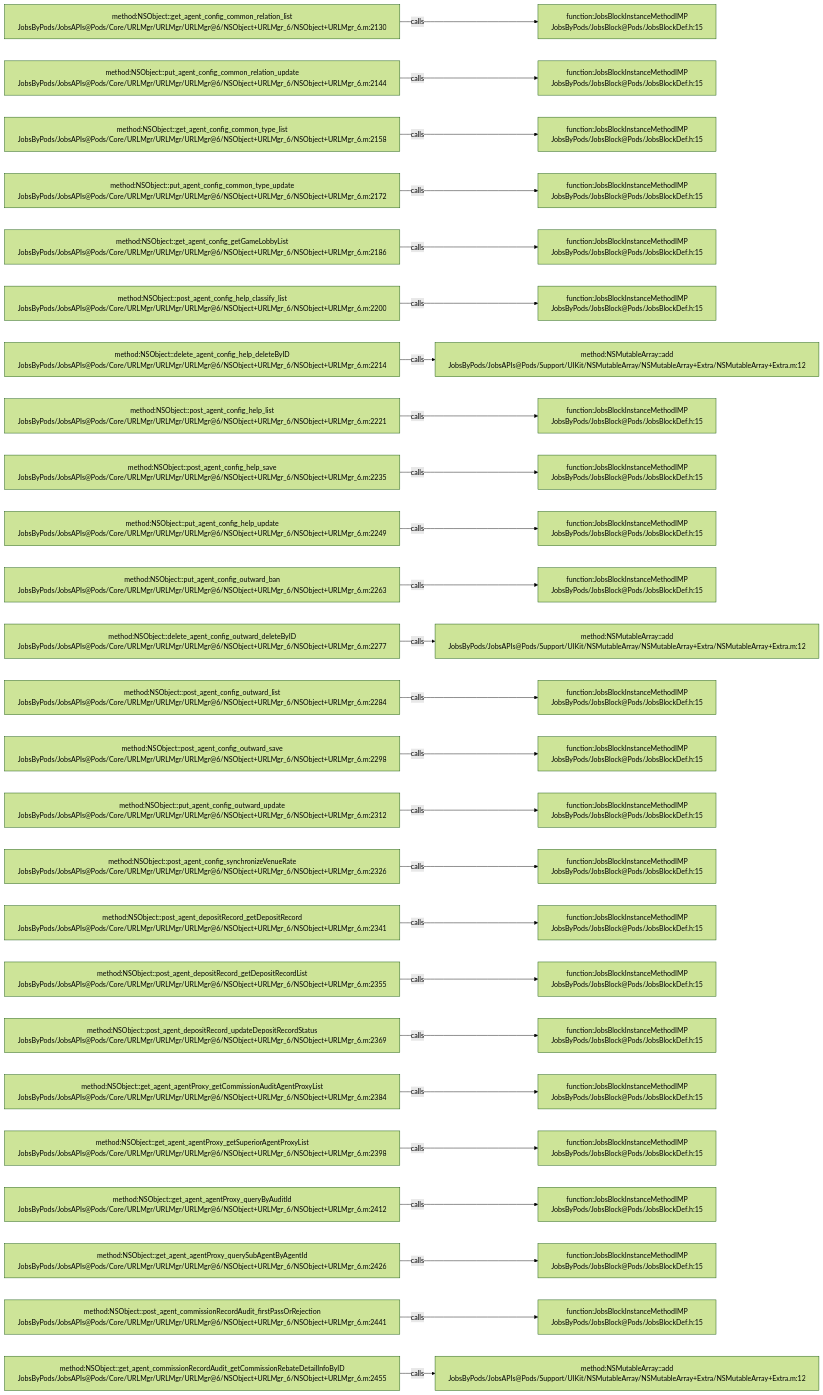
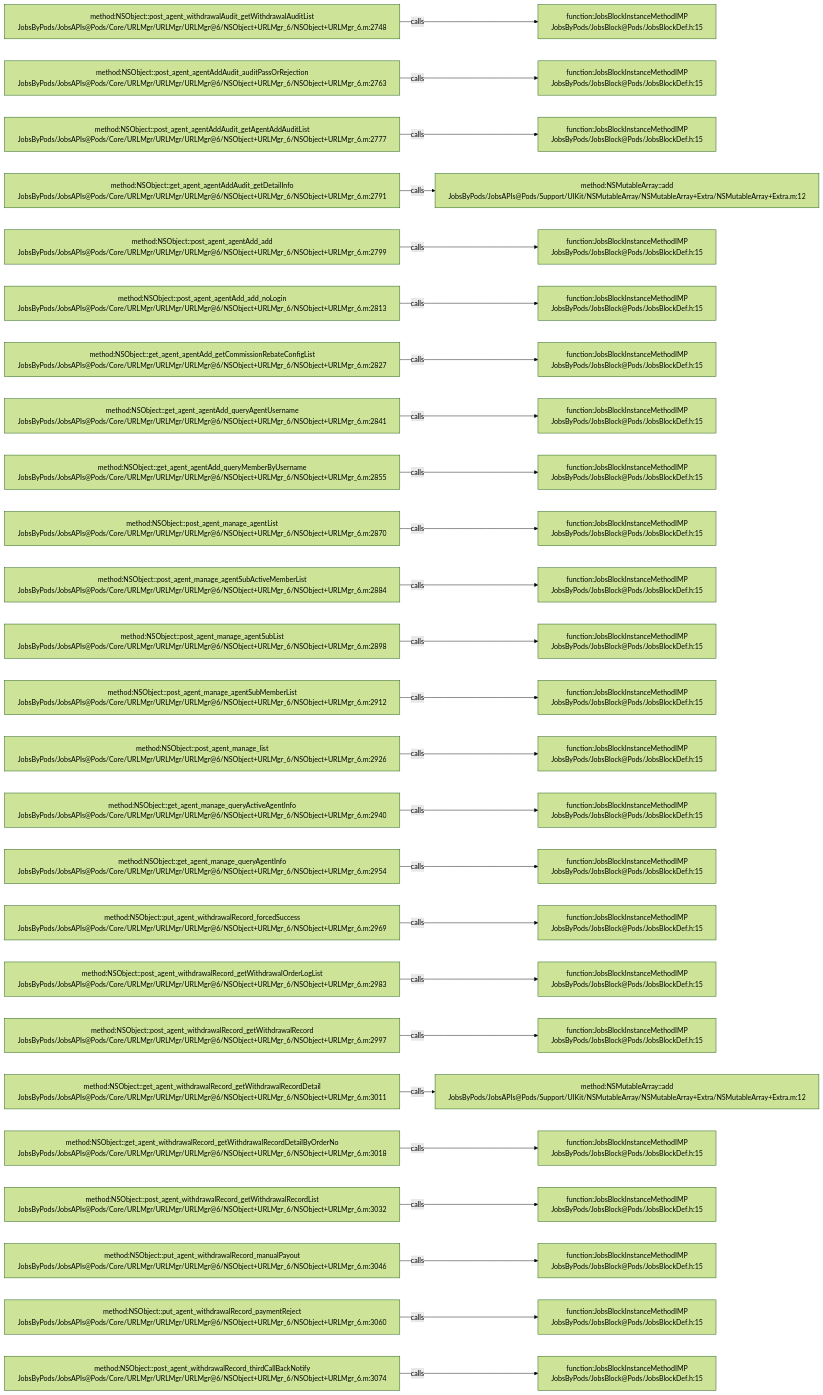
The diagram in .codegraph/codegraph.md/graphs/calls-073.md (JobsKits/JobsOCBaseConfigDemo), drawn with Mermaid (forest theme) before and after one commit. The commit also changed 223 other files, not shown here.

````diff
--- a/.codegraph/codegraph.md/graphs/calls-073.md
+++ b/.codegraph/codegraph.md/graphs/calls-073.md
@@ -13,78 +13,78 @@
 ```mermaid
 flowchart LR
-  S1["method:NSObject::get_agent_config_common_relation_list<br/>JobsByPods/JobsAPIs@Pods/Core/URLMgr/URLMgr/URLMgr@6/NSObject+URLMgr_6/NSObject+URLMgr_6.m:2130"]
+  S1["method:NSObject::post_agent_withdrawalAudit_getWithdrawalAuditList<br/>JobsByPods/JobsAPIs@Pods/Core/URLMgr/URLMgr/URLMgr@6/NSObject+URLMgr_6/NSObject+URLMgr_6.m:2748"]
   T1["function:JobsBlockInstanceMethodIMP<br/>JobsByPods/JobsBlock@Pods/JobsBlockDef.h:15"]
   S1 -->|calls| T1
-  S2["method:NSObject::put_agent_config_common_relation_update<br/>JobsByPods/JobsAPIs@Pods/Core/URLMgr/URLMgr/URLMgr@6/NSObject+URLMgr_6/NSObject+URLMgr_6.m:2144"]
+  S2["method:NSObject::post_agent_agentAddAudit_auditPassOrRejection<br/>JobsByPods/JobsAPIs@Pods/Core/URLMgr/URLMgr/URLMgr@6/NSObject+URLMgr_6/NSObject+URLMgr_6.m:2763"]
   T2["function:JobsBlockInstanceMethodIMP<br/>JobsByPods/JobsBlock@Pods/JobsBlockDef.h:15"]
   S2 -->|calls| T2
-  S3["method:NSObject::get_agent_config_common_type_list<br/>JobsByPods/JobsAPIs@Pods/Core/URLMgr/URLMgr/URLMgr@6/NSObject+URLMgr_6/NSObject+URLMgr_6.m:2158"]
+  S3["method:NSObject::post_agent_agentAddAudit_getAgentAddAuditList<br/>JobsByPods/JobsAPIs@Pods/Core/URLMgr/URLMgr/URLMgr@6/NSObject+URLMgr_6/NSObject+URLMgr_6.m:2777"]
   T3["function:JobsBlockInstanceMethodIMP<br/>JobsByPods/JobsBlock@Pods/JobsBlockDef.h:15"]
   S3 -->|calls| T3
-  S4["method:NSObject::put_agent_config_common_type_update<br/>JobsByPods/JobsAPIs@Pods/Core/URLMgr/URLMgr/URLMgr@6/NSObject+URLMgr_6/NSObject+URLMgr_6.m:2172"]
-  T4["function:JobsBlockInstanceMethodIMP<br/>JobsByPods/JobsBlock@Pods/JobsBlockDef.h:15"]
+  S4["method:NSObject::get_agent_agentAddAudit_getDetailInfo<br/>JobsByPods/JobsAPIs@Pods/Core/URLMgr/URLMgr/URLMgr@6/NSObject+URLMgr_6/NSObject+URLMgr_6.m:2791"]
+  T4["method:NSMutableArray::add<br/>JobsByPods/JobsAPIs@Pods/Support/UIKit/NSMutableArray/NSMutableArray+Extra/NSMutableArray+Extra.m:12"]
   S4 -->|calls| T4
-  S5["method:NSObject::get_agent_config_getGameLobbyList<br/>JobsByPods/JobsAPIs@Pods/Core/URLMgr/URLMgr/URLMgr@6/NSObject+URLMgr_6/NSObject+URLMgr_6.m:2186"]
+  S5["method:NSObject::post_agent_agentAdd_add<br/>JobsByPods/JobsAPIs@Pods/Core/URLMgr/URLMgr/URLMgr@6/NSObject+URLMgr_6/NSObject+URLMgr_6.m:2799"]
   T5["function:JobsBlockInstanceMethodIMP<br/>JobsByPods/JobsBlock@Pods/JobsBlockDef.h:15"]
   S5 -->|calls| T5
-  S6["method:NSObject::post_agent_config_help_classify_list<br/>JobsByPods/JobsAPIs@Pods/Core/URLMgr/URLMgr/URLMgr@6/NSObject+URLMgr_6/NSObject+URLMgr_6.m:2200"]
+  S6["method:NSObject::post_agent_agentAdd_add_noLogin<br/>JobsByPods/JobsAPIs@Pods/Core/URLMgr/URLMgr/URLMgr@6/NSObject+URLMgr_6/NSObject+URLMgr_6.m:2813"]
   T6["function:JobsBlockInstanceMethodIMP<br/>JobsByPods/JobsBlock@Pods/JobsBlockDef.h:15"]
   S6 -->|calls| T6
-  S7["method:NSObject::delete_agent_config_help_deleteByID<br/>JobsByPods/JobsAPIs@Pods/Core/URLMgr/URLMgr/URLMgr@6/NSObject+URLMgr_6/NSObject+URLMgr_6.m:2214"]
-  T7["method:NSMutableArray::add<br/>JobsByPods/JobsAPIs@Pods/Support/UIKit/NSMutableArray/NSMutableArray+Extra/NSMutableArray+Extra.m:12"]
+  S7["method:NSObject::get_agent_agentAdd_getCommissionRebateConfigList<br/>JobsByPods/JobsAPIs@Pods/Core/URLMgr/URLMgr/URLMgr@6/NSObject+URLMgr_6/NSObject+URLMgr_6.m:2827"]
+  T7["function:JobsBlockInstanceMethodIMP<br/>JobsByPods/JobsBlock@Pods/JobsBlockDef.h:15"]
   S7 -->|calls| T7
-  S8["method:NSObject::post_agent_config_help_list<br/>JobsByPods/JobsAPIs@Pods/Core/URLMgr/URLMgr/URLMgr@6/NSObject+URLMgr_6/NSObject+URLMgr_6.m:2221"]
+  S8["method:NSObject::get_agent_agentAdd_queryAgentUsername<br/>JobsByPods/JobsAPIs@Pods/Core/URLMgr/URLMgr/URLMgr@6/NSObject+URLMgr_6/NSObject+URLMgr_6.m:2841"]
   T8["function:JobsBlockInstanceMethodIMP<br/>JobsByPods/JobsBlock@Pods/JobsBlockDef.h:15"]
   S8 -->|calls| T8
-  S9["method:NSObject::post_agent_config_help_save<br/>JobsByPods/JobsAPIs@Pods/Core/URLMgr/URLMgr/URLMgr@6/NSObject+URLMgr_6/NSObject+URLMgr_6.m:2235"]
+  S9["method:NSObject::get_agent_agentAdd_queryMemberByUsername<br/>JobsByPods/JobsAPIs@Pods/Core/URLMgr/URLMgr/URLMgr@6/NSObject+URLMgr_6/NSObject+URLMgr_6.m:2855"]
   T9["function:JobsBlockInstanceMethodIMP<br/>JobsByPods/JobsBlock@Pods/JobsBlockDef.h:15"]
   S9 -->|calls| T9
-  S10["method:NSObject::put_agent_config_help_update<br/>JobsByPods/JobsAPIs@Pods/Core/URLMgr/URLMgr/URLMgr@6/NSObject+URLMgr_6/NSObject+URLMgr_6.m:2249"]
+  S10["method:NSObject::post_agent_manage_agentList<br/>JobsByPods/JobsAPIs@Pods/Core/URLMgr/URLMgr/URLMgr@6/NSObject+URLMgr_6/NSObject+URLMgr_6.m:2870"]
   T10["function:JobsBlockInstanceMethodIMP<br/>JobsByPods/JobsBlock@Pods/JobsBlockDef.h:15"]
   S10 -->|calls| T10
-  S11["method:NSObject::put_agent_config_outward_ban<br/>JobsByPods/JobsAPIs@Pods/Core/URLMgr/URLMgr/URLMgr@6/NSObject+URLMgr_6/NSObject+URLMgr_6.m:2263"]
+  S11["method:NSObject::post_agent_manage_agentSubActiveMemberList<br/>JobsByPods/JobsAPIs@Pods/Core/URLMgr/URLMgr/URLMgr@6/NSObject+URLMgr_6/NSObject+URLMgr_6.m:2884"]
   T11["function:JobsBlockInstanceMethodIMP<br/>JobsByPods/JobsBlock@Pods/JobsBlockDef.h:15"]
   S11 -->|calls| T11
-  S12["method:NSObject::delete_agent_config_outward_deleteByID<br/>JobsByPods/JobsAPIs@Pods/Core/URLMgr/URLMgr/URLMgr@6/NSObject+URLMgr_6/NSObject+URLMgr_6.m:2277"]
-  T12["method:NSMutableArray::add<br/>JobsByPods/JobsAPIs@Pods/Support/UIKit/NSMutableArray/NSMutableArray+Extra/NSMutableArray+Extra.m:12"]
+  S12["method:NSObject::post_agent_manage_agentSubList<br/>JobsByPods/JobsAPIs@Pods/Core/URLMgr/URLMgr/URLMgr@6/NSObject+URLMgr_6/NSObject+URLMgr_6.m:2898"]
+  T12["function:JobsBlockInstanceMethodIMP<br/>JobsByPods/JobsBlock@Pods/JobsBlockDef.h:15"]
   S12 -->|calls| T12
-  S13["method:NSObject::post_agent_config_outward_list<br/>JobsByPods/JobsAPIs@Pods/Core/URLMgr/URLMgr/URLMgr@6/NSObject+URLMgr_6/NSObject+URLMgr_6.m:2284"]
+  S13["method:NSObject::post_agent_manage_agentSubMemberList<br/>JobsByPods/JobsAPIs@Pods/Core/URLMgr/URLMgr/URLMgr@6/NSObject+URLMgr_6/NSObject+URLMgr_6.m:2912"]
   T13["function:JobsBlockInstanceMethodIMP<br/>JobsByPods/JobsBlock@Pods/JobsBlockDef.h:15"]
   S13 -->|calls| T13
-  S14["method:NSObject::post_agent_config_outward_save<br/>JobsByPods/JobsAPIs@Pods/Core/URLMgr/URLMgr/URLMgr@6/NSObject+URLMgr_6/NSObject+URLMgr_6.m:2298"]
+  S14["method:NSObject::post_agent_manage_list<br/>JobsByPods/JobsAPIs@Pods/Core/URLMgr/URLMgr/URLMgr@6/NSObject+URLMgr_6/NSObject+URLMgr_6.m:2926"]
   T14["function:JobsBlockInstanceMethodIMP<br/>JobsByPods/JobsBlock@Pods/JobsBlockDef.h:15"]
   S14 -->|calls| T14
-  S15["method:NSObject::put_agent_config_outward_update<br/>JobsByPods/JobsAPIs@Pods/Core/URLMgr/URLMgr/URLMgr@6/NSObject+URLMgr_6/NSObject+URLMgr_6.m:2312"]
+  S15["method:NSObject::get_agent_manage_queryActiveAgentInfo<br/>JobsByPods/JobsAPIs@Pods/Core/URLMgr/URLMgr/URLMgr@6/NSObject+URLMgr_6/NSObject+URLMgr_6.m:2940"]
   T15["function:JobsBlockInstanceMethodIMP<br/>JobsByPods/JobsBlock@Pods/JobsBlockDef.h:15"]
   S15 -->|calls| T15
-  S16["method:NSObject::post_agent_config_synchronizeVenueRate<br/>JobsByPods/JobsAPIs@Pods/Core/URLMgr/URLMgr/URLMgr@6/NSObject+URLMgr_6/NSObject+URLMgr_6.m:2326"]
+  S16["method:NSObject::get_agent_manage_queryAgentInfo<br/>JobsByPods/JobsAPIs@Pods/Core/URLMgr/URLMgr/URLMgr@6/NSObject+URLMgr_6/NSObject+URLMgr_6.m:2954"]
   T16["function:JobsBlockInstanceMethodIMP<br/>JobsByPods/JobsBlock@Pods/JobsBlockDef.h:15"]
   S16 -->|calls| T16
-  S17["method:NSObject::post_agent_depositRecord_getDepositRecord<br/>JobsByPods/JobsAPIs@Pods/Core/URLMgr/URLMgr/URLMgr@6/NSObject+URLMgr_6/NSObject+URLMgr_6.m:2341"]
+  S17["method:NSObject::put_agent_withdrawalRecord_forcedSuccess<br/>JobsByPods/JobsAPIs@Pods/Core/URLMgr/URLMgr/URLMgr@6/NSObject+URLMgr_6/NSObject+URLMgr_6.m:2969"]
   T17["function:JobsBlockInstanceMethodIMP<br/>JobsByPods/JobsBlock@Pods/JobsBlockDef.h:15"]
   S17 -->|calls| T17
-  S18["method:NSObject::post_agent_depositRecord_getDepositRecordList<br/>JobsByPods/JobsAPIs@Pods/Core/URLMgr/URLMgr/URLMgr@6/NSObject+URLMgr_6/NSObject+URLMgr_6.m:2355"]
+  S18["method:NSObject::post_agent_withdrawalRecord_getWithdrawalOrderLogList<br/>JobsByPods/JobsAPIs@Pods/Core/URLMgr/URLMgr/URLMgr@6/NSObject+URLMgr_6/NSObject+URLMgr_6.m:2983"]
   T18["function:JobsBlockInstanceMethodIMP<br/>JobsByPods/JobsBlock@Pods/JobsBlockDef.h:15"]
   S18 -->|calls| T18
-  S19["method:NSObject::post_agent_depositRecord_updateDepositRecordStatus<br/>JobsByPods/JobsAPIs@Pods/Core/URLMgr/URLMgr/URLMgr@6/NSObject+URLMgr_6/NSObject+URLMgr_6.m:2369"]
+  S19["method:NSObject::post_agent_withdrawalRecord_getWithdrawalRecord<br/>JobsByPods/JobsAPIs@Pods/Core/URLMgr/URLMgr/URLMgr@6/NSObject+URLMgr_6/NSObject+URLMgr_6.m:2997"]
   T19["function:JobsBlockInstanceMethodIMP<br/>JobsByPods/JobsBlock@Pods/JobsBlockDef.h:15"]
   S19 -->|calls| T19
-  S20["method:NSObject::get_agent_agentProxy_getCommissionAuditAgentProxyList<br/>JobsByPods/JobsAPIs@Pods/Core/URLMgr/URLMgr/URLMgr@6/NSObject+URLMgr_6/NSObject+URLMgr_6.m:2384"]
-  T20["function:JobsBlockInstanceMethodIMP<br/>JobsByPods/JobsBlock@Pods/JobsBlockDef.h:15"]
+  S20["method:NSObject::get_agent_withdrawalRecord_getWithdrawalRecordDetail<br/>JobsByPods/JobsAPIs@Pods/Core/URLMgr/URLMgr/URLMgr@6/NSObject+URLMgr_6/NSObject+URLMgr_6.m:3011"]
+  T20["method:NSMutableArray::add<br/>JobsByPods/JobsAPIs@Pods/Support/UIKit/NSMutableArray/NSMutableArray+Extra/NSMutableArray+Extra.m:12"]
   S20 -->|calls| T20
-  S21["method:NSObject::get_agent_agentProxy_getSuperiorAgentProxyList<br/>JobsByPods/JobsAPIs@Pods/Core/URLMgr/URLMgr/URLMgr@6/NSObject+URLMgr_6/NSObject+URLMgr_6.m:2398"]
+  S21["method:NSObject::get_agent_withdrawalRecord_getWithdrawalRecordDetailByOrderNo<br/>JobsByPods/JobsAPIs@Pods/Core/URLMgr/URLMgr/URLMgr@6/NSObject+URLMgr_6/NSObject+URLMgr_6.m:3018"]
   T21["function:JobsBlockInstanceMethodIMP<br/>JobsByPods/JobsBlock@Pods/JobsBlockDef.h:15"]
   S21 -->|calls| T21
-  S22["method:NSObject::get_agent_agentProxy_queryByAuditId<br/>JobsByPods/JobsAPIs@Pods/Core/URLMgr/URLMgr/URLMgr@6/NSObject+URLMgr_6/NSObject+URLMgr_6.m:2412"]
+  S22["method:NSObject::post_agent_withdrawalRecord_getWithdrawalRecordList<br/>JobsByPods/JobsAPIs@Pods/Core/URLMgr/URLMgr/URLMgr@6/NSObject+URLMgr_6/NSObject+URLMgr_6.m:3032"]
   T22["function:JobsBlockInstanceMethodIMP<br/>JobsByPods/JobsBlock@Pods/JobsBlockDef.h:15"]
   S22 -->|calls| T22
-  S23["method:NSObject::get_agent_agentProxy_querySubAgentByAgentId<br/>JobsByPods/JobsAPIs@Pods/Core/URLMgr/URLMgr/URLMgr@6/NSObject+URLMgr_6/NSObject+URLMgr_6.m:2426"]
+  S23["method:NSObject::put_agent_withdrawalRecord_manualPayout<br/>JobsByPods/JobsAPIs@Pods/Core/URLMgr/URLMgr/URLMgr@6/NSObject+URLMgr_6/NSObject+URLMgr_6.m:3046"]
   T23["function:JobsBlockInstanceMethodIMP<br/>JobsByPods/JobsBlock@Pods/JobsBlockDef.h:15"]
   S23 -->|calls| T23
-  S24["method:NSObject::post_agent_commissionRecordAudit_firstPassOrRejection<br/>JobsByPods/JobsAPIs@Pods/Core/URLMgr/URLMgr/URLMgr@6/NSObject+URLMgr_6/NSObject+URLMgr_6.m:2441"]
+  S24["method:NSObject::put_agent_withdrawalRecord_paymentReject<br/>JobsByPods/JobsAPIs@Pods/Core/URLMgr/URLMgr/URLMgr@6/NSObject+URLMgr_6/NSObject+URLMgr_6.m:3060"]
   T24["function:JobsBlockInstanceMethodIMP<br/>JobsByPods/JobsBlock@Pods/JobsBlockDef.h:15"]
   S24 -->|calls| T24
-  S25["method:NSObject::get_agent_commissionRecordAudit_getCommissionRebateDetailInfoByID<br/>JobsByPods/JobsAPIs@Pods/Core/URLMgr/URLMgr/URLMgr@6/NSObject+URLMgr_6/NSObject+URLMgr_6.m:2455"]
-  T25["method:NSMutableArray::add<br/>JobsByPods/JobsAPIs@Pods/Support/UIKit/NSMutableArray/NSMutableArray+Extra/NSMutableArray+Extra.m:12"]
+  S25["method:NSObject::post_agent_withdrawalRecord_thirdCallBackNotify<br/>JobsByPods/JobsAPIs@Pods/Core/URLMgr/URLMgr/URLMgr@6/NSObject+URLMgr_6/NSObject+URLMgr_6.m:3074"]
+  T25["function:JobsBlockInstanceMethodIMP<br/>JobsByPods/JobsBlock@Pods/JobsBlockDef.h:15"]
   S25 -->|calls| T25
 ```
````
